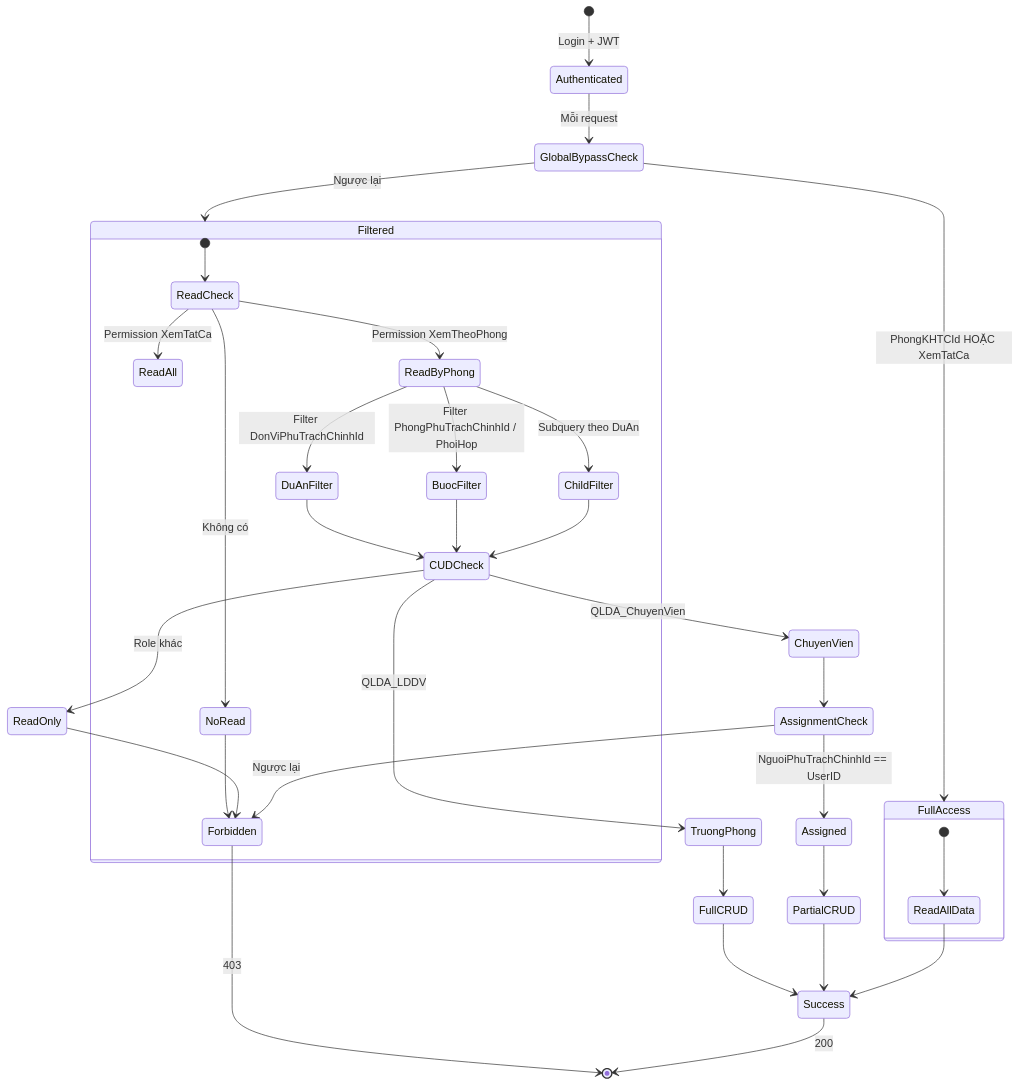
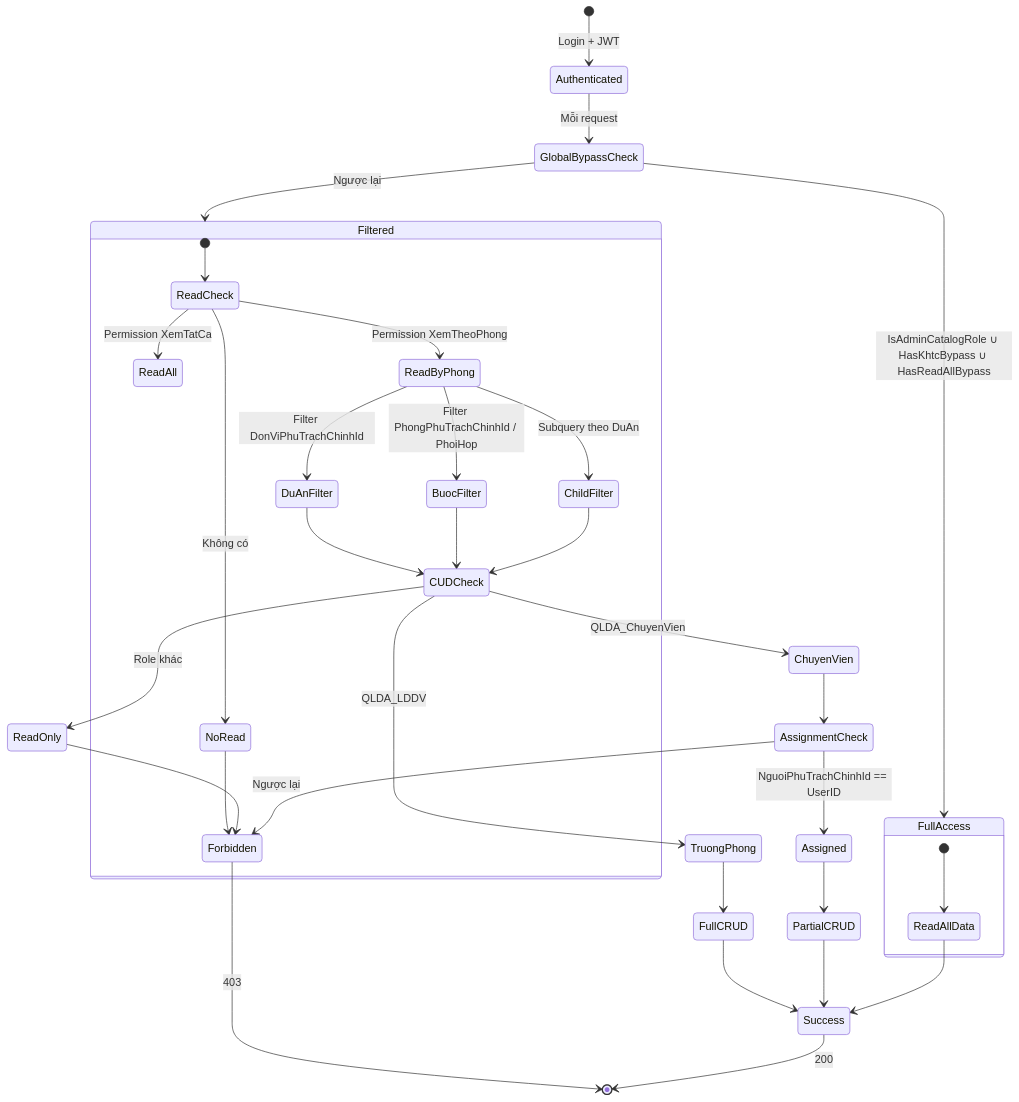
One commit to thinlam/Quan_Ly_Du_An changed the sixth of 6 diagrams in docs/feature/RoleClaimPolicy/phan-quyen-theo-phong-ban-integration-guide.md. Above: the diagram before and after it, drawn with Mermaid. The commit also changed other lines of this file and 101 other files, not shown here.

````diff
--- a/docs/feature/RoleClaimPolicy/phan-quyen-theo-phong-ban-integration-guide.md
+++ b/docs/feature/RoleClaimPolicy/phan-quyen-theo-phong-ban-integration-guide.md
@@ -1046,50 +1117,50 @@
 ```mermaid
 stateDiagram-v2
     [*] --> Authenticated: Login + JWT
 
     Authenticated --> GlobalBypassCheck: Mỗi request
 
-    GlobalBypassCheck --> FullAccess: PhongKHTCId HOẶC XemTatCa
+    GlobalBypassCheck --> FullAccess: IsAdminCatalogRole ∪ HasKhtcBypass ∪ HasReadAllBypass
     GlobalBypassCheck --> Filtered: Ngược lại
 
     state Filtered {
         [*] --> ReadCheck
         ReadCheck --> ReadAll: Permission XemTatCa
         ReadCheck --> ReadByPhong: Permission XemTheoPhong
         ReadCheck --> NoRead: Không có
 
         ReadByPhong --> DuAnFilter: Filter DonViPhuTrachChinhId
         ReadByPhong --> BuocFilter: Filter PhongPhuTrachChinhId / PhoiHop
         ReadByPhong --> ChildFilter: Subquery theo DuAn
 
         NoRead --> Forbidden
     }
 
     state FullAccess {
         [*] --> ReadAllData
     }
 
     state Filtered {
         DuAnFilter --> CUDCheck
         BuocFilter --> CUDCheck
         ChildFilter --> CUDCheck
     }
 
     CUDCheck --> TruongPhong: QLDA_LDDV
     CUDCheck --> ChuyenVien: QLDA_ChuyenVien
     CUDCheck --> ReadOnly: Role khác
 
     TruongPhong --> FullCRUD
     ChuyenVien --> AssignmentCheck
     ReadOnly --> Forbidden
 
     AssignmentCheck --> Assigned: NguoiPhuTrachChinhId == UserID
     AssignmentCheck --> Forbidden: Ngược lại
 
     Assigned --> PartialCRUD
     FullCRUD --> Success
     PartialCRUD --> Success
     ReadAllData --> Success
     Forbidden --> [*]: 403
     Success --> [*]: 200
 ```
````
